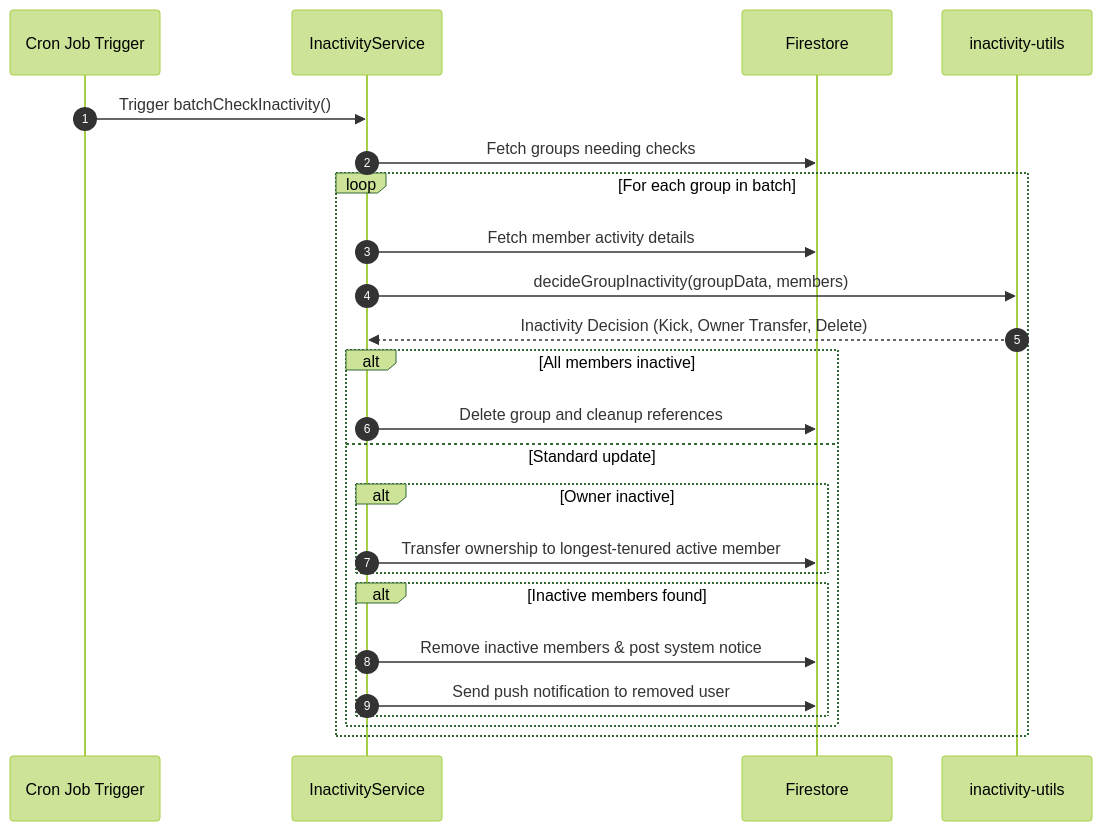
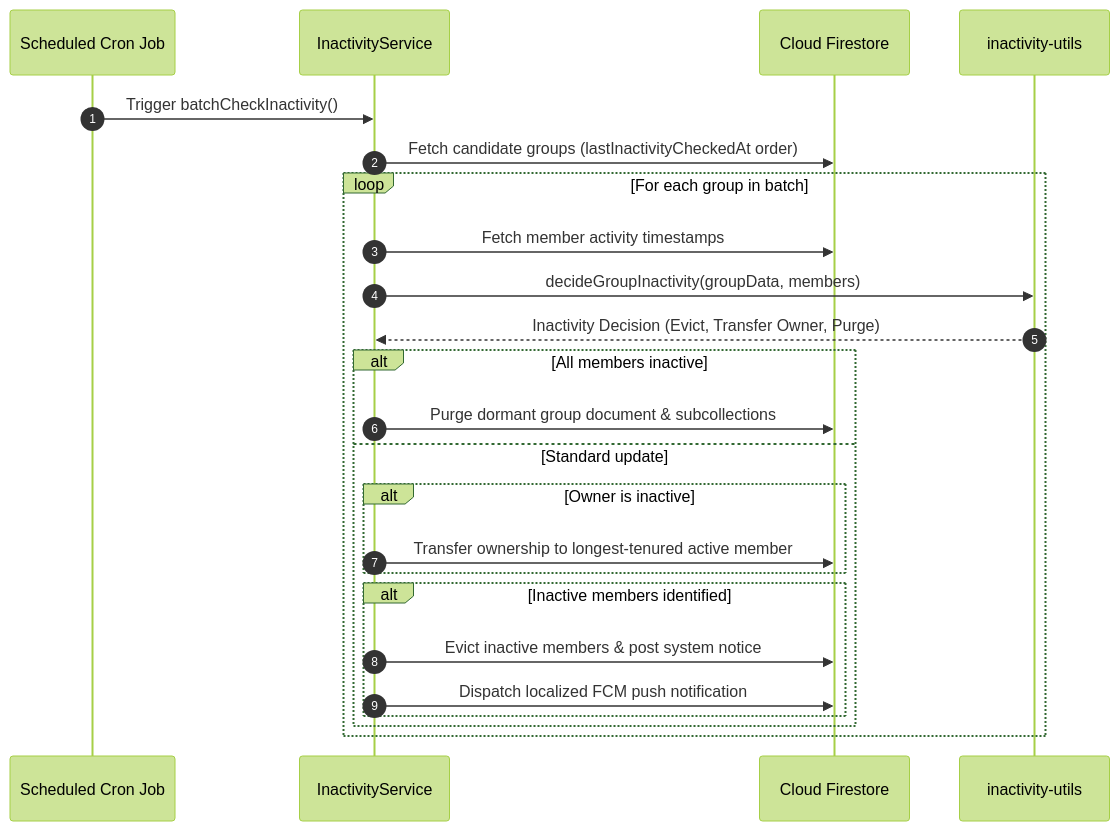
One commit to ScriptureHabit/scripture-habit changed the diagram in docs/inactivity-and-autokick.md. Above: the diagram before and after it, drawn with Mermaid (forest theme). The commit also changed other lines of this file and 57 other files, not shown here.

Commit message:
docs: refine documentation prose and add structured diagram breakdowns across JA and EN

````diff
--- a/docs/inactivity-and-autokick.md
+++ b/docs/inactivity-and-autokick.md
@@ -13,28 +13,28 @@
 ```mermaid
 sequenceDiagram
     autonumber
-    participant Cron as Cron Job Trigger
+    participant Cron as Scheduled Cron Job
     participant Service as InactivityService
-    participant DB as Firestore
+    participant DB as Cloud Firestore
     participant Utils as inactivity-utils
 
     Cron->>Service: Trigger batchCheckInactivity()
-    Service->>DB: Fetch groups needing checks
+    Service->>DB: Fetch candidate groups (lastInactivityCheckedAt order)
     loop For each group in batch
-        Service->>DB: Fetch member activity details
+        Service->>DB: Fetch member activity timestamps
         Service->>Utils: decideGroupInactivity(groupData, members)
-        Utils-->>Service: Inactivity Decision (Kick, Owner Transfer, Delete)
+        Utils-->>Service: Inactivity Decision (Evict, Transfer Owner, Purge)
         
         alt All members inactive
-            Service->>DB: Delete group and cleanup references
+            Service->>DB: Purge dormant group document & subcollections
         else Standard update
-            alt Owner inactive
+            alt Owner is inactive
                 Service->>DB: Transfer ownership to longest-tenured active member
             end
-            alt Inactive members found
-                Service->>DB: Remove inactive members & post system notice
-                Service->>DB: Send push notification to removed user
+            alt Inactive members identified
+                Service->>DB: Evict inactive members & post system notice
+                Service->>DB: Dispatch localized FCM push notification
             end
         end
     end
 ```
````
